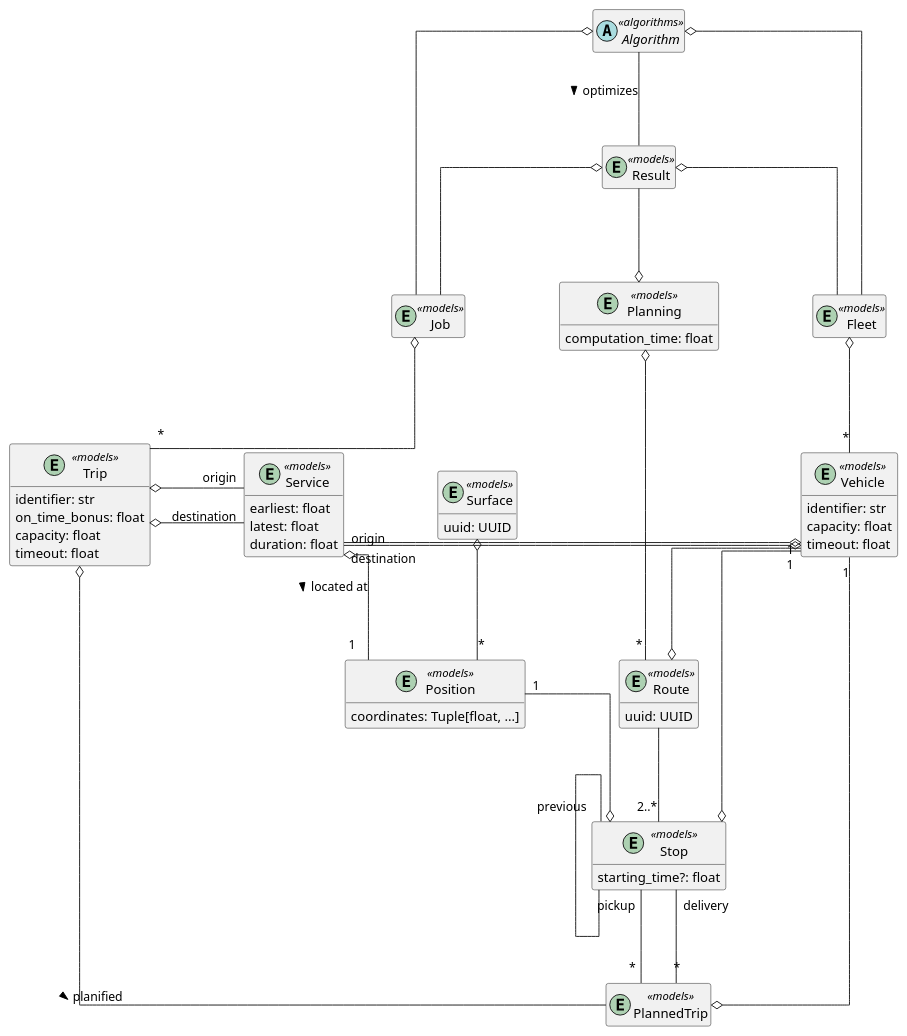
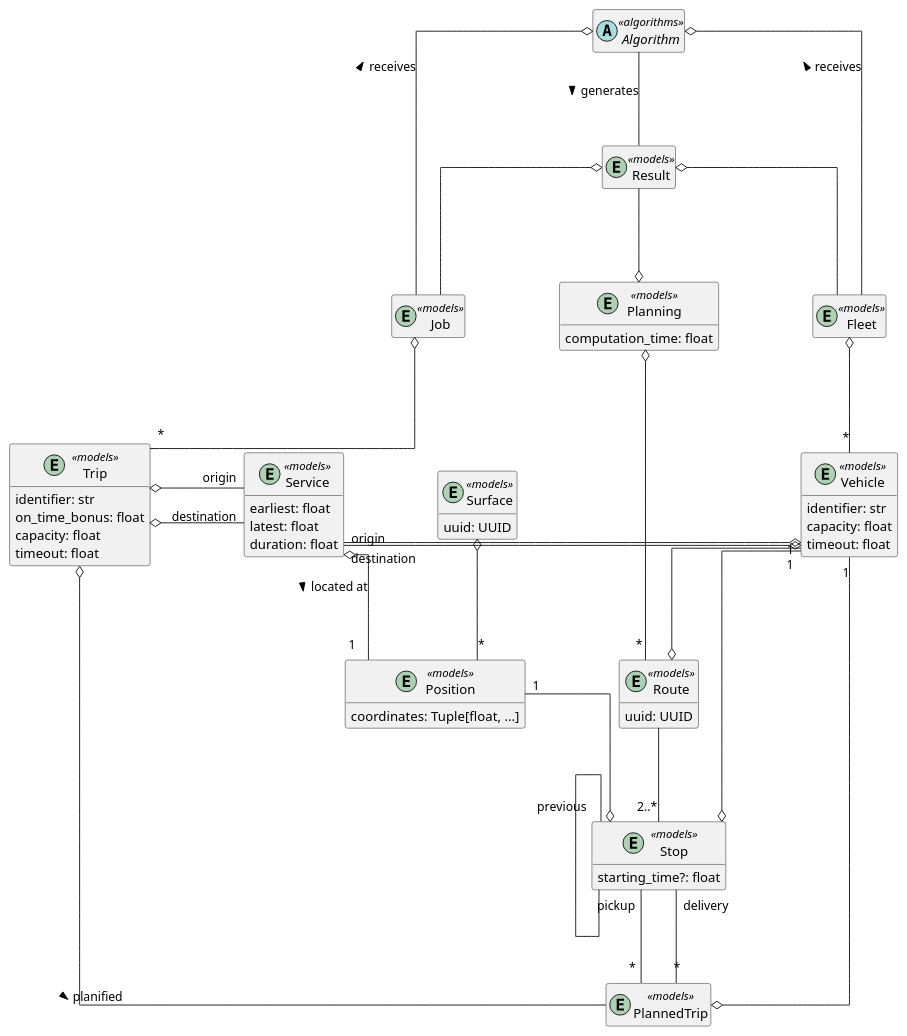
Before and after one commit to garciparedes/jinete: the diagram in docs/source/_static/data_model.puml, drawn with PlantUML. The commit also changed 1 other file, not shown here.

Commit message:
ISSUE #101 * Minor improvements on diagrams.

```diff
--- a/docs/source/_static/data_model.puml
+++ b/docs/source/_static/data_model.puml
@@ -1,90 +1,90 @@
 @startuml
 skinparam linetype ortho
 skinparam nodesep 100
 skinparam ranksep 100
 hide empty methods
 hide empty attributes
 
 abstract class Algorithm <<algorithms>>
 
 entity Vehicle <<models>> {
   identifier: str
   capacity: float
   timeout: float
 }
 
 entity Route <<models>> {
   uuid: UUID
 }
 
 entity Trip <<models>> {
   identifier: str
   on_time_bonus: float
   capacity: float
   timeout: float
 }
 
 entity PlannedTrip <<models>> {
 }
 
 entity Planning <<models>> {
   computation_time: float
 }
 
 entity Result <<models>> {
 }
 
 
 entity Stop <<models>> {
   starting_time?: float
 }
 
 entity Service <<models>> {
   earliest: float
   latest: float
   duration: float
 }
 
 entity Job <<models>> {
 }
 
 entity Fleet <<models>> {
 }
 
 entity Position <<models>> {
   coordinates: Tuple[float, ...]
 }
 
 entity Surface <<models>> {
   uuid: UUID
 }
 
 
 
 Job o-"*" Trip
-Algorithm -- Result: optimizes >
+Algorithm -- Result: generates >
 Result --o Planning
 Result o-- Fleet
 Result o-- Job
-Algorithm o-- Fleet
-Algorithm o-- Job
+Algorithm o-- Fleet: receives <
+Algorithm o-- Job: receives <
 Planning o--"*" Route
 Trip o- PlannedTrip: planified >
 Trip o-right-"origin" Service
 Trip o-right-"destination" Service
 Service o--"1" Position: located at >
 PlannedTrip "*"-up-"pickup" Stop
 PlannedTrip "*"-up-"delivery" Stop
 Route --"2..*" Stop
 Position "1"-o Stop
 Position "*"-up-o Surface
 Vehicle "1"--o Stop
 Vehicle "1"--o PlannedTrip
 Vehicle "1"-down-o Route
 Stop "previous"-- Stop
 Fleet o--"*" Vehicle
 Vehicle o-left-"origin" Service
 Vehicle o-left-"destination" Service
 
 
 @enduml
```
